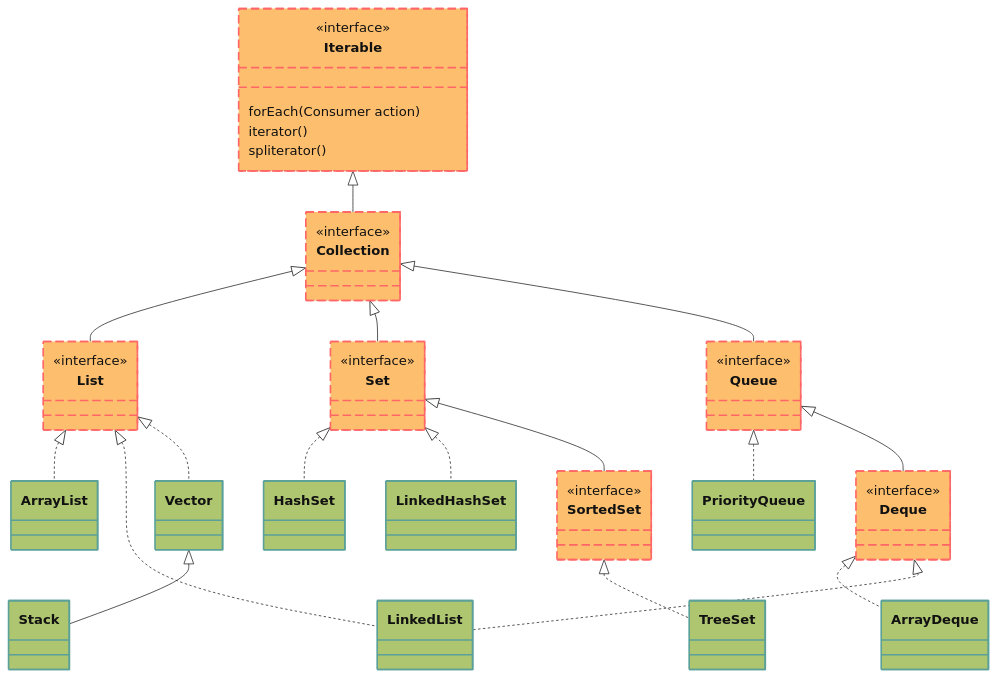
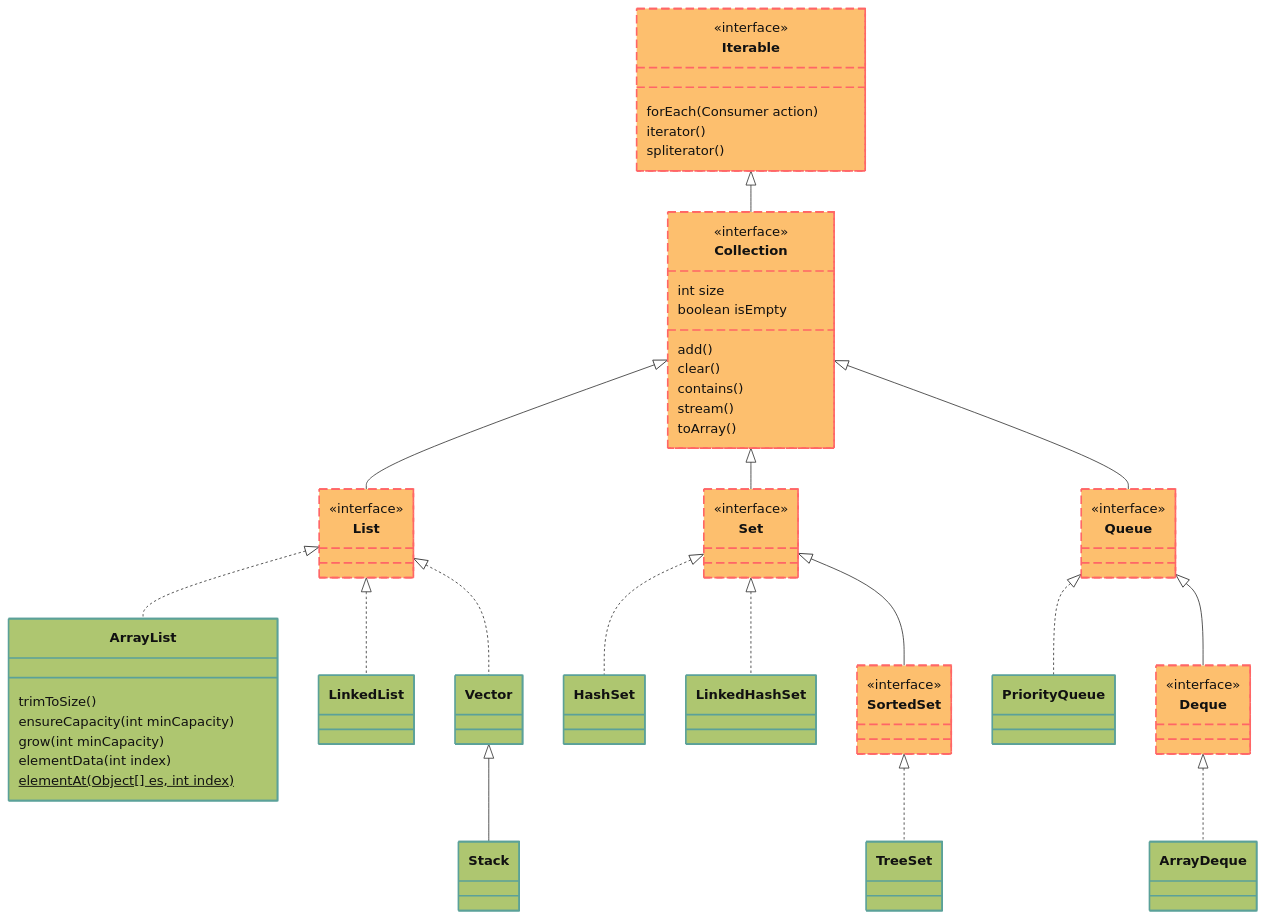
One commit to ViktSh-SPb/Java-Learn changed the diagram in Заметки/Коллекции.md. Above: the diagram before and after it, drawn with Mermaid.

Commit message:
vault backup: 2025-05-16 15:05:06

````diff
--- a/Заметки/Коллекции.md
+++ b/Заметки/Коллекции.md
@@ -3,62 +3,74 @@
 ```mermaid
 %% Иерархия коллекций Java (интерфейсы и классы)
 classDiagram
   %% ===== Интерфейсы =====
   class Iterable:::interface {
     <<interface>>
     forEach(Consumer<? super T> action)
     iterator()
     spliterator()
   }
   class Collection:::interface {
     <<interface>>
+    int size
+    boolean isEmpty
+    add()
+    clear()
+    contains()
+    stream()
+    toArray()
   }
   class List:::interface {
     <<interface>>
   }
   class Set:::interface {
     <<interface>>
   }
   class SortedSet:::interface {
     <<interface>>
   }
   class Queue:::interface {
     <<interface>>
   }
   class Deque:::interface {
     <<interface>>
   }
 
 
   %% ===== Классы =====
-  class ArrayList:::clazz
+  class ArrayList:::clazz {
+	  trimToSize()
+	  ensureCapacity(int minCapacity)
+	  grow(int minCapacity)
+	  elementData(int index)
+	  elementAt(Object[] es, int index)$
+  }
   class LinkedList:::clazz
   class Vector:::clazz
   class Stack:::clazz
   class HashSet:::clazz
   class LinkedHashSet:::clazz
   class TreeSet:::clazz
   class PriorityQueue:::clazz
   class ArrayDeque:::clazz
 
   %% ===== Наследование Collection =====
   Iterable <|-- Collection
   Collection <|-- List
   Collection <|-- Set
   Collection <|-- Queue
   List <|.. ArrayList
   List <|.. LinkedList
   List <|.. Vector
   Vector <|-- Stack
   Set <|.. HashSet
   Set <|.. LinkedHashSet
   Set <|-- SortedSet
   SortedSet <|.. TreeSet
   Queue <|.. PriorityQueue
   Queue <|-- Deque
   Deque <|.. ArrayDeque
-  Deque <|.. LinkedList
 
 classDef interface fill:#fdbf6e,stroke:#f66,stroke-width:2px,color:#111,stroke-dasharray: 10 5
 classDef clazz fill:#aec670,stroke:#5ba199,stroke-width:2px,color:#111
 ```
````
